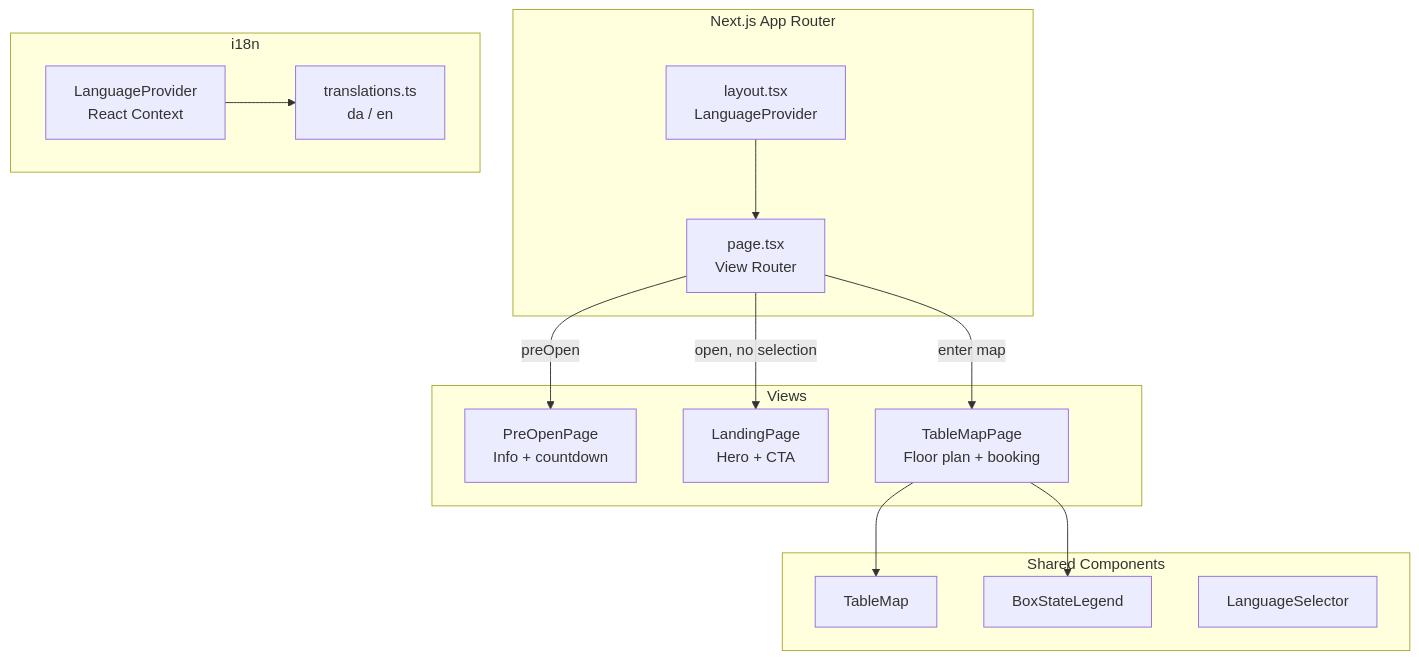
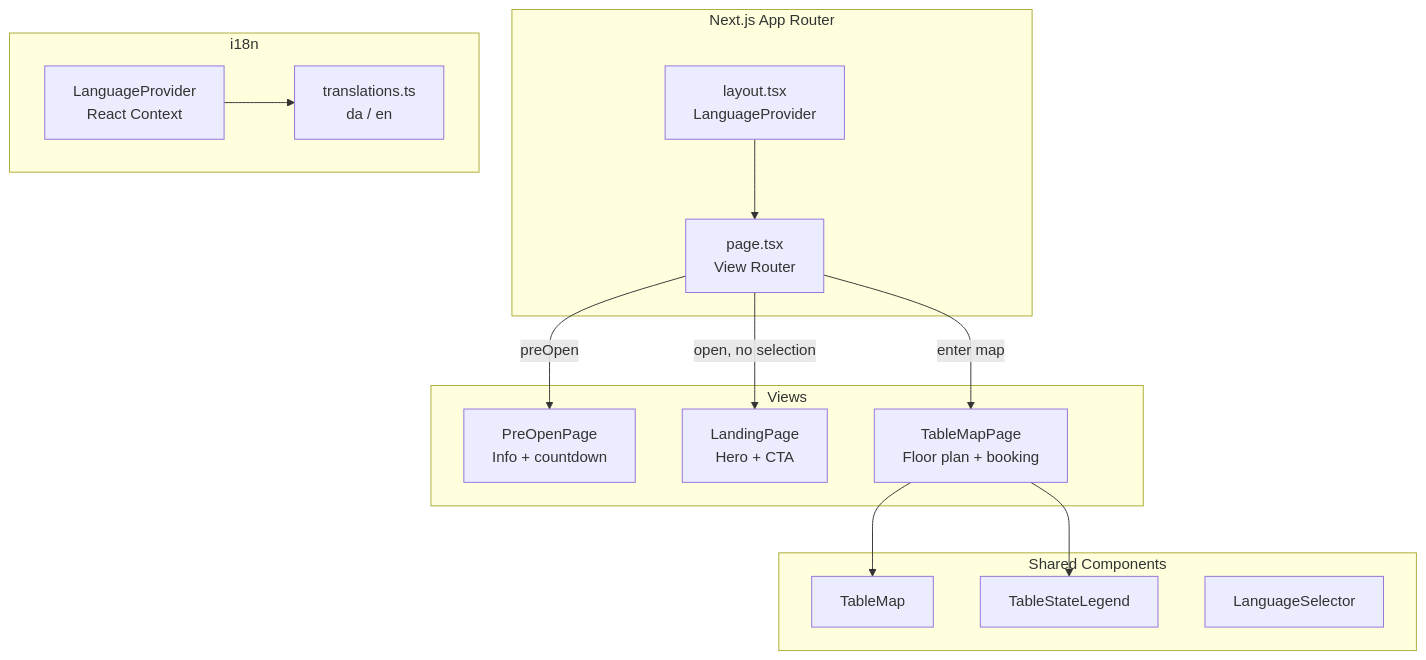
One commit to ammonl/loppemarked changed the second of 7 diagrams in docs/architecture.md. Above: the diagram before and after it, drawn with Mermaid. The commit also changed 37 other files, not shown here.

````diff
--- a/docs/architecture.md
+++ b/docs/architecture.md
@@ -40,32 +40,32 @@
 ```mermaid
 graph TB
     subgraph "Next.js App Router"
         LAYOUT[layout.tsx<br/>LanguageProvider]
         PAGE[page.tsx<br/>View Router]
     end
 
     subgraph Views
         PRE[PreOpenPage<br/>Info + countdown]
         LAND[LandingPage<br/>Hero + CTA]
         MAP[TableMapPage<br/>Floor plan + booking]
     end
 
     subgraph "Shared Components"
         TM[TableMap]
-        BSL[BoxStateLegend]
+        TSL[TableStateLegend]
         LS[LanguageSelector]
     end
 
     subgraph "i18n"
         LP[LanguageProvider<br/>React Context]
         TR[translations.ts<br/>da / en]
     end
 
     LAYOUT --> PAGE
     PAGE -->|preOpen| PRE
     PAGE -->|open, no selection| LAND
     PAGE -->|enter map| MAP
     MAP --> TM
-    MAP --> BSL
+    MAP --> TSL
     LP --> TR
 ```
````
